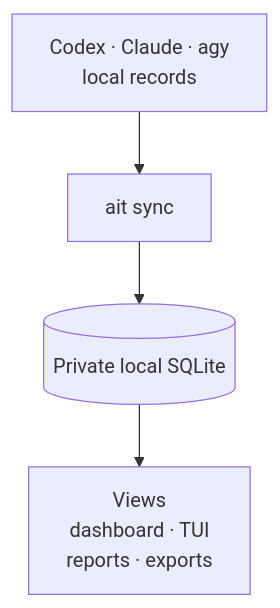
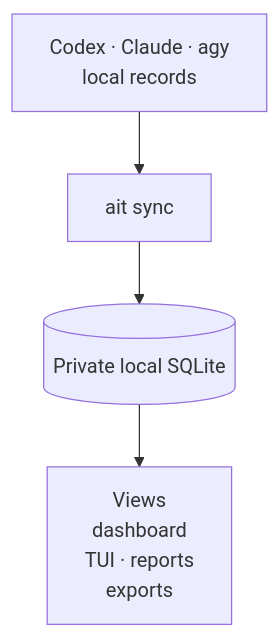
The first of 2 diagrams in README.md (spencer-life/ai-tracker), drawn with Mermaid before and after one commit. The commit also changed other lines of this file, not shown here.

Commit message:
docs: refine narrow-screen diagram layout

````diff
--- a/README.md
+++ b/README.md
@@ -61,8 +61,8 @@
 ```mermaid
 flowchart TD
   A["Codex · Claude · agy<br/>local records"]
   B["ait sync"]
   C[("Private local SQLite")]
-  D["Views<br/>dashboard · TUI<br/>reports · exports"]
+  D["Views<br/>dashboard<br/>TUI · reports<br/>exports"]
   A --> B --> C --> D
 ```
````
